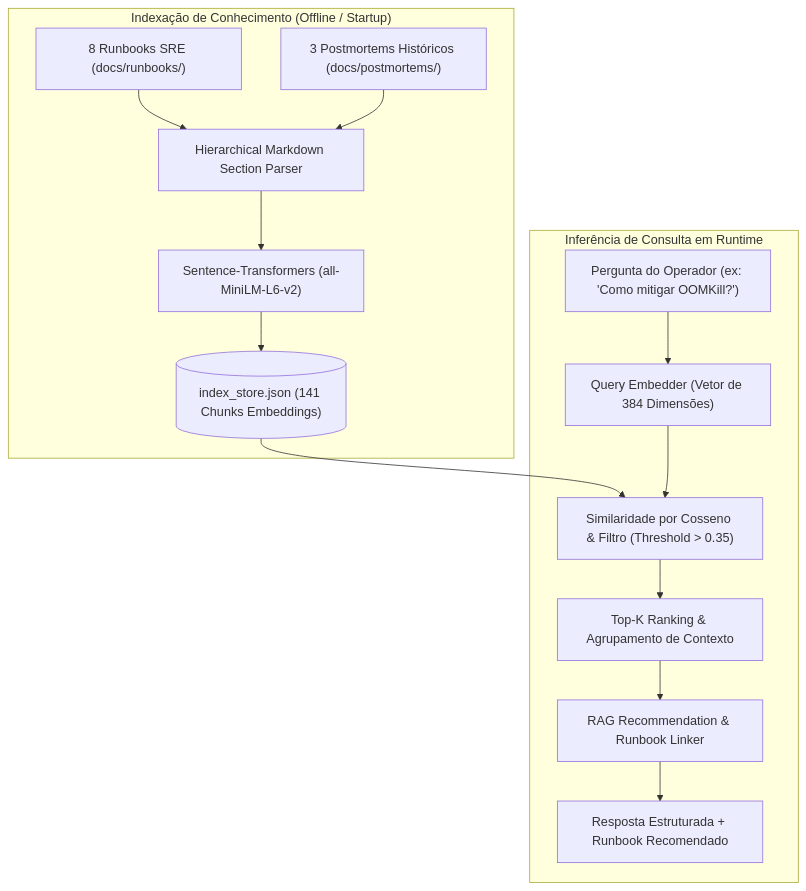
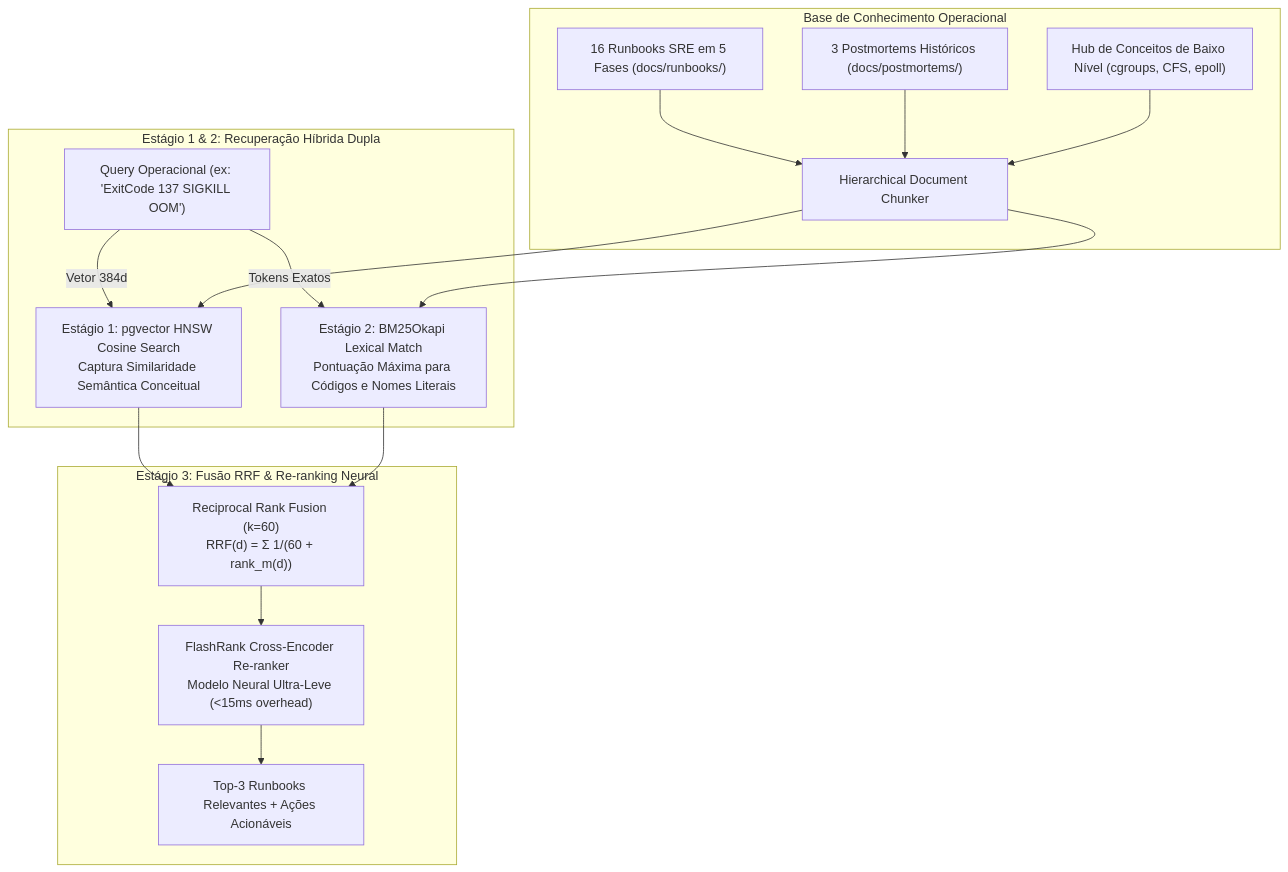
One commit to magnomct/sre_rag_agent changed the fourth of 8 diagrams in README.md. Above: the diagram before and after it, drawn with Mermaid. The commit also changed other lines of this file, not shown here.

Commit message:
docs(v4.0): overhaul architecture diagrams, OODA flows, dual-layer chaos, and hybrid search in README

````diff
--- a/README.md
+++ b/README.md
@@ -250,31 +299,32 @@
 ```mermaid
 flowchart TD
-    subgraph Indexacao ["Indexação de Conhecimento (Offline / Startup)"]
-        Runbooks["8 Runbooks SRE (docs/runbooks/)"]
+    subgraph Ingestao ["Base de Conhecimento Operacional"]
+        Runbooks["16 Runbooks SRE em 5 Fases (docs/runbooks/)"]
         Postmortems["3 Postmortems Históricos (docs/postmortems/)"]
-        Parser["Hierarchical Markdown Section Parser"]
-        Embedder["Sentence-Transformers (all-MiniLM-L6-v2)"]
-        Cache[("index_store.json (141 Chunks Embeddings)")]
-        
-        Runbooks --> Parser
-        Postmortems --> Parser
-        Parser --> Embedder
-        Embedder --> Cache
+        Concepts["Hub de Conceitos de Baixo Nível (cgroups, CFS, epoll)"]
+        Chunker["Hierarchical Document Chunker"]
+        Runbooks --> Chunker
+        Postmortems --> Chunker
+        Concepts --> Chunker
     end
 
-    subgraph Consulta ["Inferência de Consulta em Runtime"]
-        Query["Pergunta do Operador (ex: 'Como mitigar OOMKill?')"]
-        QEmbed["Query Embedder (Vetor de 384 Dimensões)"]
-        Similarity["Similaridade por Cosseno & Filtro (Threshold > 0.35)"]
-        Ranker["Top-K Ranking & Agrupamento de Contexto"]
-        Engine["RAG Recommendation & Runbook Linker"]
-        Response["Resposta Estruturada + Runbook Recomendado"]
+    subgraph DualRetrieval ["Estágio 1 & 2: Recuperação Híbrida Dupla"]
+        Query["Query Operacional (ex: 'ExitCode 137 SIGKILL OOM')"]
+        Dense["Estágio 1: pgvector HNSW Cosine Search<br/>Captura Similaridade Semântica Conceitual"]
+        Sparse["Estágio 2: BM25Okapi Lexical Match<br/>Pontuação Máxima para Códigos e Nomes Literais"]
+        Query -->|Vetor 384d| Dense
+        Query -->|Tokens Exatos| Sparse
+        Chunker --> Dense
+        Chunker --> Sparse
+    end
 
-        Query --> QEmbed
-        Cache --> Similarity
-        QEmbed --> Similarity
-        Similarity --> Ranker
-        Ranker --> Engine
-        Engine --> Response
+    subgraph FusionRerank ["Estágio 3: Fusão RRF & Re-ranking Neural"]
+        RRF["Reciprocal Rank Fusion (k=60)<br/>RRF(d) = Σ 1/(60 + rank_m(d))"]
+        FlashRank["FlashRank Cross-Encoder Re-ranker<br/>Modelo Neural Ultra-Leve (&lt;15ms overhead)"]
+        TopResult["Top-3 Runbooks Relevantes + Ações Acionáveis"]
+        Dense --> RRF
+        Sparse --> RRF
+        RRF --> FlashRank
+        FlashRank --> TopResult
     end
 ```
````
